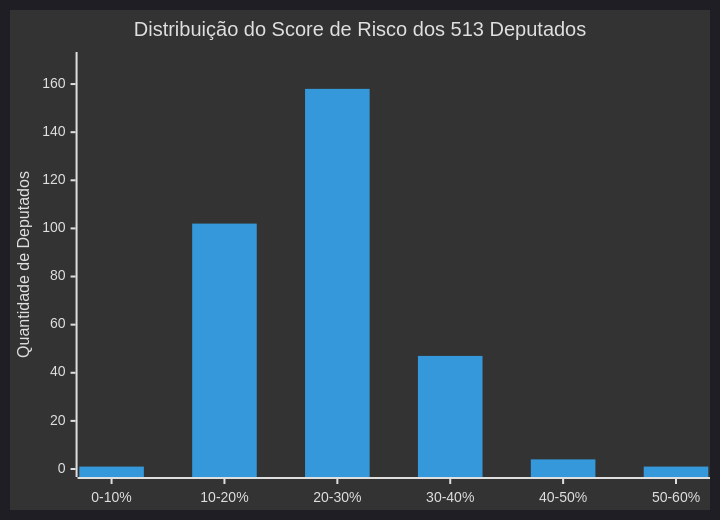
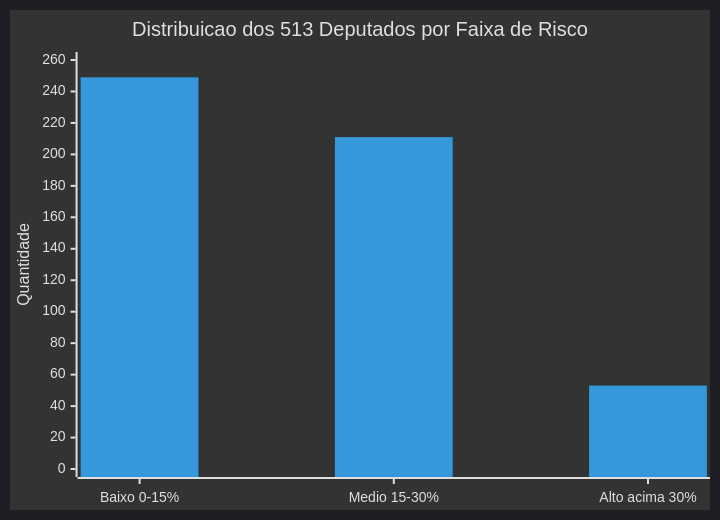
One commit to EduardoEurico/CORG changed the fourth of 8 diagrams in README.md. Above: the diagram before and after it, drawn with Mermaid. The commit also changed other lines of this file and 1 other file, not shown here.

````diff
--- a/README.md
+++ b/README.md
@@ -105,8 +259,8 @@
 ```mermaid
 %%{init: {'theme': 'dark'}}%%
 xychart-beta
-    title "Distribuição do Score de Risco dos 513 Deputados"
-    x-axis ["0-10%", "10-20%", "20-30%", "30-40%", "40-50%", "50-60%"]
-    y-axis "Quantidade de Deputados" 0 --> 170
-    bar [1, 102, 158, 47, 4, 1]
+    title "Distribuicao dos 513 Deputados por Faixa de Risco"
+    x-axis ["Baixo 0-15%", "Medio 15-30%", "Alto acima 30%"]
+    y-axis "Quantidade" 0 --> 260
+    bar [249, 211, 53]
 ```
````
